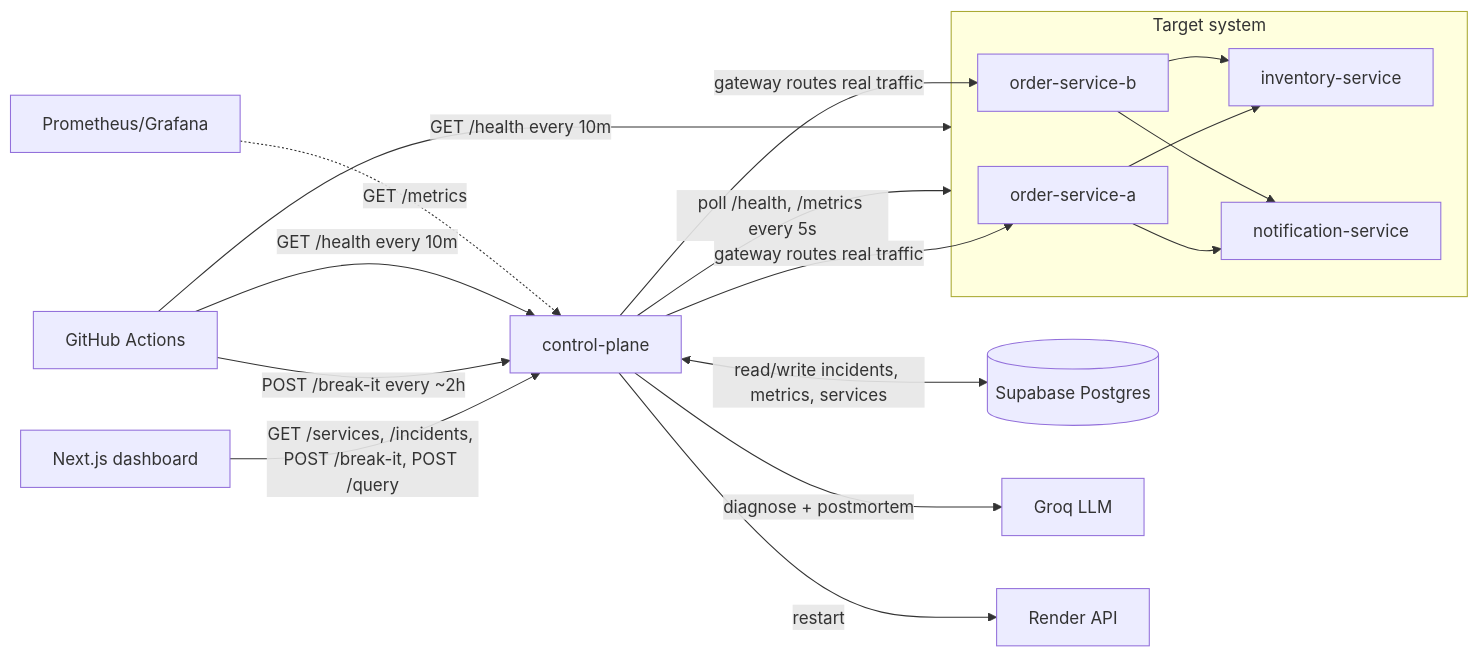
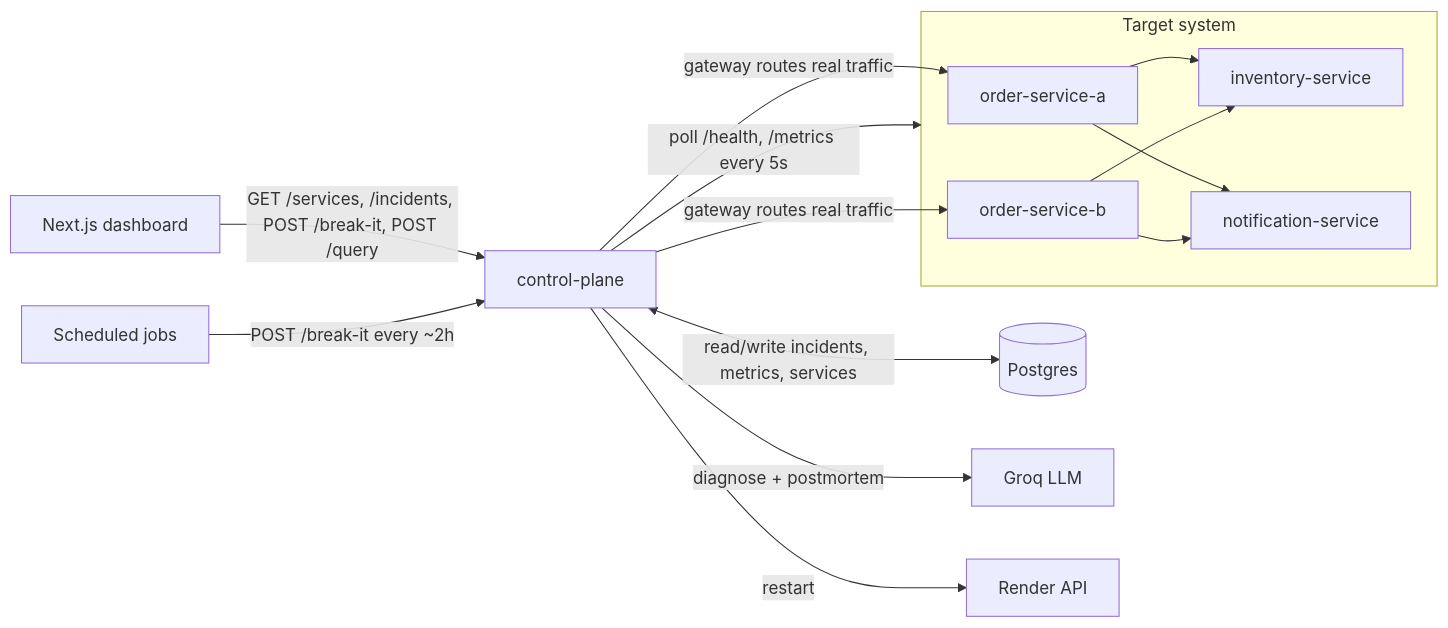
The first of 2 diagrams in README.md (Aditya-tec/SRE-AGENT), drawn with Mermaid before and after one commit. The commit also changed other lines of this file and 1 other file, not shown here.

````diff
--- a/README.md
+++ b/README.md
@@ -21,25 +17,22 @@
 ```mermaid
 flowchart LR
     subgraph Target["Target system"]
         OA[order-service-a]
         OB[order-service-b]
         INV[inventory-service]
         NOTIF[notification-service]
     end
 
     CP[control-plane] -->|poll /health, /metrics every 5s| Target
     CP -->|gateway routes real traffic| OA
     CP -->|gateway routes real traffic| OB
     OA --> INV
     OA --> NOTIF
     OB --> INV
     OB --> NOTIF
-    CP <-->|read/write incidents, metrics, services| DB[(Supabase Postgres)]
+    CP <-->|read/write incidents, metrics, services| DB[(Postgres)]
     CP -->|diagnose + postmortem| LLM[Groq LLM]
     CP -->|restart| Render[Render API]
     DASH[Next.js dashboard] -->|GET /services, /incidents, POST /break-it, POST /query| CP
-    GHA[GitHub Actions] -->|POST /break-it every ~2h| CP
-    GHA -->|GET /health every 10m| Target
-    GHA -->|GET /health every 10m| CP
-    PROM[Prometheus/Grafana] -.->|GET /metrics| CP
+    GHA[Scheduled jobs] -->|POST /break-it every ~2h| CP
 ```
````
